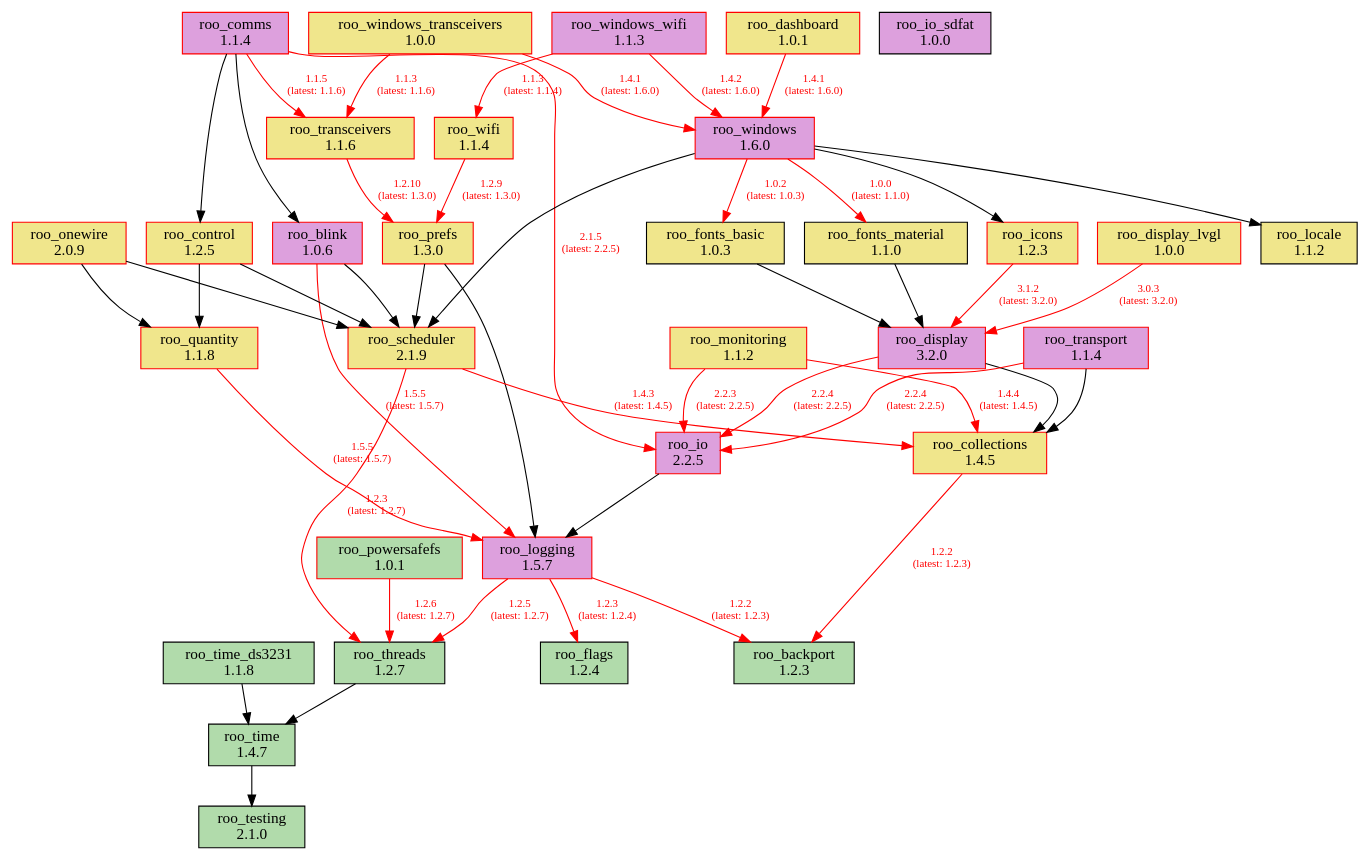
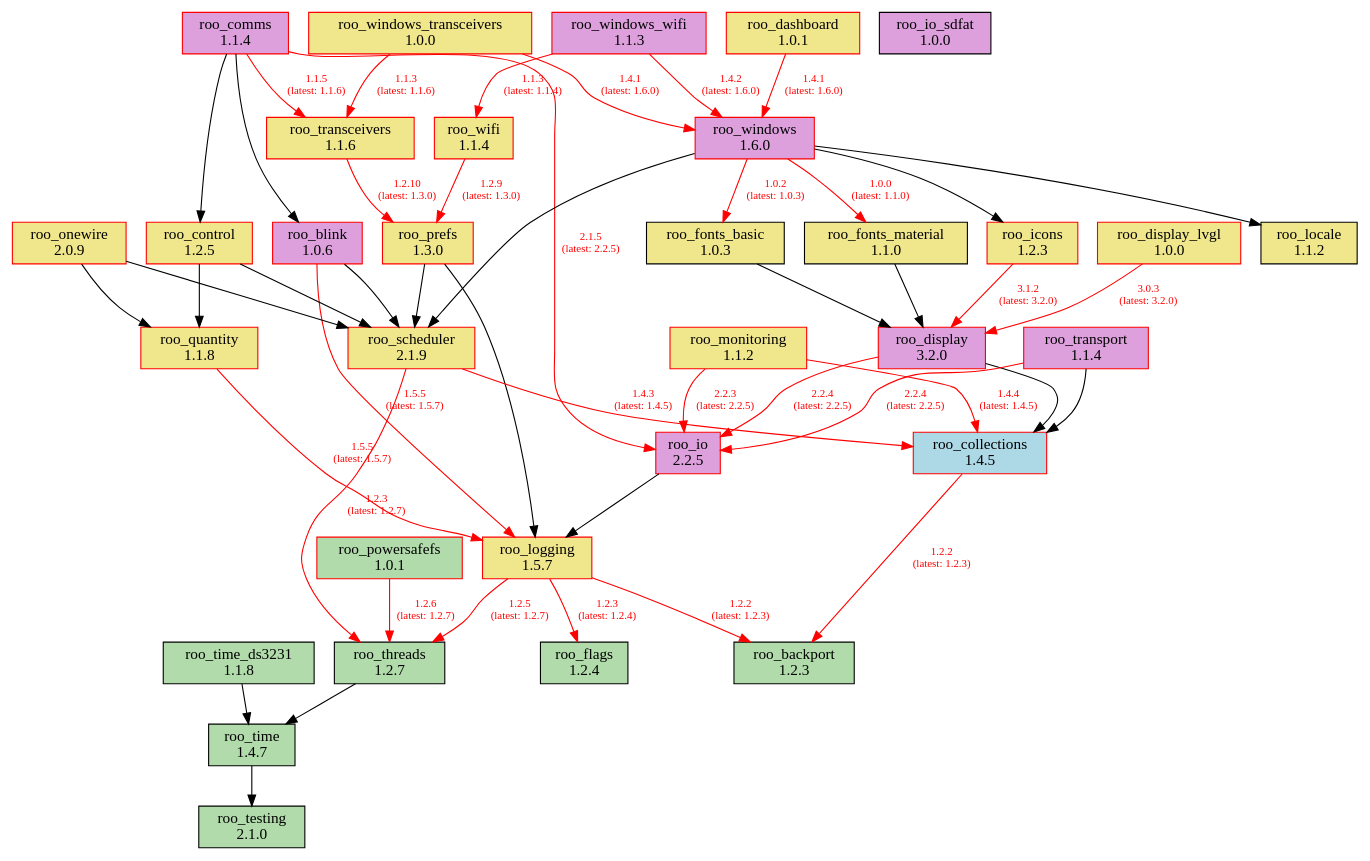
Before and after one commit to dejwk/roo-registry: the diagram in doc/dependencies.dot, drawn with Graphviz. The commit also changed 1 other file, not shown here.

```diff
--- a/doc/dependencies.dot
+++ b/doc/dependencies.dot
@@ -1,87 +1,87 @@
 digraph dependencies {
     rankdir=TB;
     node [shape=box, style=filled];
     edge [fontsize=10];
 
     // Modules
     "roo_backport" [label="roo_backport\n1.2.3", fillcolor="#b1dbab", color="black"];
     "roo_blink" [label="roo_blink\n1.0.6", fillcolor="plum", color="red"];
-    "roo_collections" [label="roo_collections\n1.4.5", fillcolor="khaki", color="red"];
+    "roo_collections" [label="roo_collections\n1.4.5", fillcolor="lightblue", color="red"];
     "roo_comms" [label="roo_comms\n1.1.4", fillcolor="plum", color="red"];
     "roo_control" [label="roo_control\n1.2.5", fillcolor="khaki", color="red"];
     "roo_dashboard" [label="roo_dashboard\n1.0.1", fillcolor="khaki", color="red"];
     "roo_display" [label="roo_display\n3.2.0", fillcolor="plum", color="red"];
     "roo_display_lvgl" [label="roo_display_lvgl\n1.0.0", fillcolor="khaki", color="red"];
     "roo_flags" [label="roo_flags\n1.2.4", fillcolor="#b1dbab", color="black"];
     "roo_fonts_basic" [label="roo_fonts_basic\n1.0.3", fillcolor="khaki", color="black"];
     "roo_fonts_material" [label="roo_fonts_material\n1.1.0", fillcolor="khaki", color="black"];
     "roo_icons" [label="roo_icons\n1.2.3", fillcolor="khaki", color="red"];
     "roo_io" [label="roo_io\n2.2.5", fillcolor="plum", color="red"];
     "roo_io_sdfat" [label="roo_io_sdfat\n1.0.0", fillcolor="plum", color="black"];
     "roo_locale" [label="roo_locale\n1.1.2", fillcolor="khaki", color="black"];
-    "roo_logging" [label="roo_logging\n1.5.7", fillcolor="plum", color="red"];
+    "roo_logging" [label="roo_logging\n1.5.7", fillcolor="khaki", color="red"];
     "roo_monitoring" [label="roo_monitoring\n1.1.2", fillcolor="khaki", color="red"];
     "roo_onewire" [label="roo_onewire\n2.0.9", fillcolor="khaki", color="red"];
     "roo_powersafefs" [label="roo_powersafefs\n1.0.1", fillcolor="#b1dbab", color="red"];
     "roo_prefs" [label="roo_prefs\n1.3.0", fillcolor="khaki", color="red"];
     "roo_quantity" [label="roo_quantity\n1.1.8", fillcolor="khaki", color="red"];
     "roo_scheduler" [label="roo_scheduler\n2.1.9", fillcolor="khaki", color="red"];
     "roo_testing" [label="roo_testing\n2.1.0", fillcolor="#b1dbab", color="black"];
     "roo_threads" [label="roo_threads\n1.2.7", fillcolor="#b1dbab", color="black"];
     "roo_time" [label="roo_time\n1.4.7", fillcolor="#b1dbab", color="black"];
     "roo_time_ds3231" [label="roo_time_ds3231\n1.1.8", fillcolor="#b1dbab", color="black"];
     "roo_transceivers" [label="roo_transceivers\n1.1.6", fillcolor="khaki", color="red"];
     "roo_transport" [label="roo_transport\n1.1.4", fillcolor="plum", color="red"];
     "roo_wifi" [label="roo_wifi\n1.1.4", fillcolor="khaki", color="red"];
     "roo_windows" [label="roo_windows\n1.6.0", fillcolor="plum", color="red"];
     "roo_windows_transceivers" [label="roo_windows_transceivers\n1.0.0", fillcolor="khaki", color="red"];
     "roo_windows_wifi" [label="roo_windows_wifi\n1.1.3", fillcolor="plum", color="red"];
 
     // Dependencies
     "roo_blink" -> "roo_logging" [color=red, fontcolor=red, label="1.5.5\n(latest: 1.5.7)"];
     "roo_blink" -> "roo_scheduler";
     "roo_collections" -> "roo_backport" [color=red, fontcolor=red, label="1.2.2\n(latest: 1.2.3)"];
     "roo_comms" -> "roo_blink";
     "roo_comms" -> "roo_control";
     "roo_comms" -> "roo_io" [color=red, fontcolor=red, label="2.1.5\n(latest: 2.2.5)"];
     "roo_comms" -> "roo_transceivers" [color=red, fontcolor=red, label="1.1.5\n(latest: 1.1.6)"];
     "roo_control" -> "roo_quantity";
     "roo_control" -> "roo_scheduler";
     "roo_dashboard" -> "roo_windows" [color=red, fontcolor=red, label="1.4.1\n(latest: 1.6.0)"];
     "roo_display" -> "roo_collections";
     "roo_display" -> "roo_io" [color=red, fontcolor=red, label="2.2.4\n(latest: 2.2.5)"];
     "roo_display_lvgl" -> "roo_display" [color=red, fontcolor=red, label="3.0.3\n(latest: 3.2.0)"];
     "roo_fonts_basic" -> "roo_display";
     "roo_fonts_material" -> "roo_display";
     "roo_icons" -> "roo_display" [color=red, fontcolor=red, label="3.1.2\n(latest: 3.2.0)"];
     "roo_io" -> "roo_logging";
     "roo_logging" -> "roo_backport" [color=red, fontcolor=red, label="1.2.2\n(latest: 1.2.3)"];
     "roo_logging" -> "roo_flags" [color=red, fontcolor=red, label="1.2.3\n(latest: 1.2.4)"];
     "roo_logging" -> "roo_threads" [color=red, fontcolor=red, label="1.2.5\n(latest: 1.2.7)"];
     "roo_monitoring" -> "roo_collections" [color=red, fontcolor=red, label="1.4.4\n(latest: 1.4.5)"];
     "roo_monitoring" -> "roo_io" [color=red, fontcolor=red, label="2.2.3\n(latest: 2.2.5)"];
     "roo_onewire" -> "roo_scheduler";
     "roo_onewire" -> "roo_quantity";
     "roo_powersafefs" -> "roo_threads" [color=red, fontcolor=red, label="1.2.6\n(latest: 1.2.7)"];
     "roo_prefs" -> "roo_logging";
     "roo_prefs" -> "roo_scheduler";
     "roo_quantity" -> "roo_logging" [color=red, fontcolor=red, label="1.5.5\n(latest: 1.5.7)"];
     "roo_scheduler" -> "roo_collections" [color=red, fontcolor=red, label="1.4.3\n(latest: 1.4.5)"];
     "roo_scheduler" -> "roo_threads" [color=red, fontcolor=red, label="1.2.3\n(latest: 1.2.7)"];
     "roo_threads" -> "roo_time";
     "roo_time" -> "roo_testing";
     "roo_time_ds3231" -> "roo_time";
     "roo_transceivers" -> "roo_prefs" [color=red, fontcolor=red, label="1.2.10\n(latest: 1.3.0)"];
     "roo_transport" -> "roo_collections";
     "roo_transport" -> "roo_io" [color=red, fontcolor=red, label="2.2.4\n(latest: 2.2.5)"];
     "roo_wifi" -> "roo_prefs" [color=red, fontcolor=red, label="1.2.9\n(latest: 1.3.0)"];
     "roo_windows" -> "roo_fonts_basic" [color=red, fontcolor=red, label="1.0.2\n(latest: 1.0.3)"];
     "roo_windows" -> "roo_fonts_material" [color=red, fontcolor=red, label="1.0.0\n(latest: 1.1.0)"];
     "roo_windows" -> "roo_locale";
     "roo_windows" -> "roo_icons";
     "roo_windows" -> "roo_scheduler";
     "roo_windows_transceivers" -> "roo_transceivers" [color=red, fontcolor=red, label="1.1.3\n(latest: 1.1.6)"];
     "roo_windows_transceivers" -> "roo_windows" [color=red, fontcolor=red, label="1.4.1\n(latest: 1.6.0)"];
     "roo_windows_wifi" -> "roo_wifi" [color=red, fontcolor=red, label="1.1.3\n(latest: 1.1.4)"];
     "roo_windows_wifi" -> "roo_windows" [color=red, fontcolor=red, label="1.4.2\n(latest: 1.6.0)"];
 }
```
